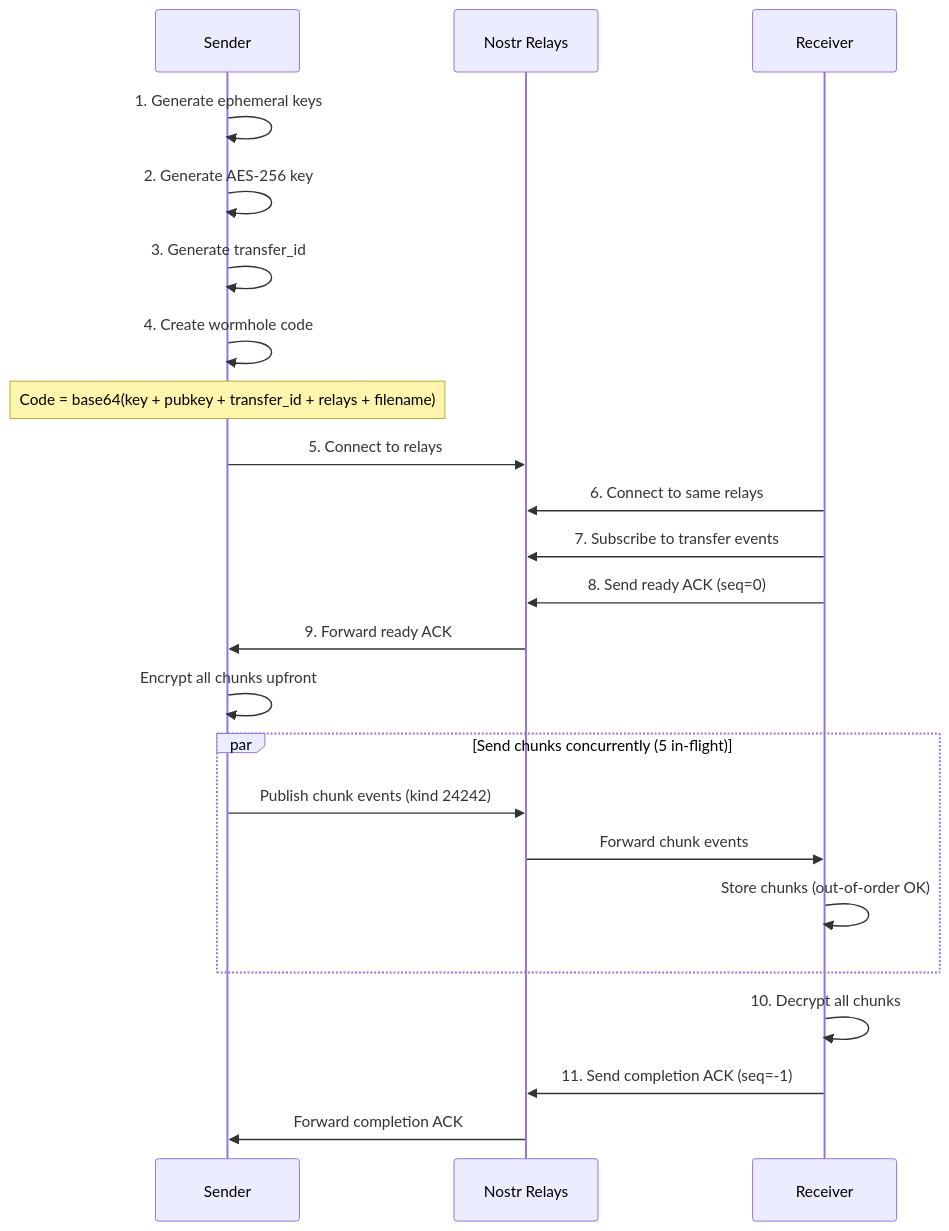
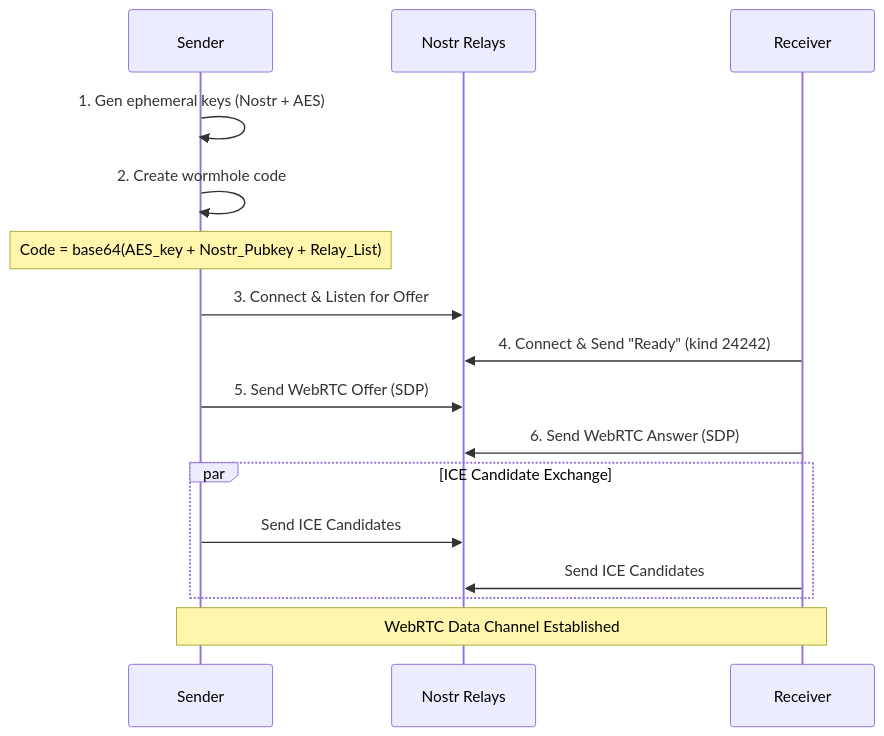
Before and after one commit to andrewtheguy/wormhole-rs: the third of 7 diagrams in docs/ARCHITECTURE.md, drawn with Mermaid. The commit also changed other lines of this file and 1 other file, not shown here.

````diff
--- a/docs/ARCHITECTURE.md
+++ b/docs/ARCHITECTURE.md
@@ -67,31 +70,23 @@
 ```mermaid
 sequenceDiagram
     participant Sender
     participant Relays as Nostr Relays
     participant Receiver
 
-    Sender->>Sender: 1. Generate ephemeral keys
-    Sender->>Sender: 2. Generate AES-256 key
-    Sender->>Sender: 3. Generate transfer_id
-    Sender->>Sender: 4. Create wormhole code
-    Note over Sender: Code = base64(key + pubkey + transfer_id + relays + filename)
+    Sender->>Sender: 1. Gen ephemeral keys (Nostr + AES)
+    Sender->>Sender: 2. Create wormhole code
+    Note over Sender: Code = base64(AES_key + Nostr_Pubkey + Relay_List)
 
-    Sender->>Relays: 5. Connect to relays
-    Receiver->>Relays: 6. Connect to same relays
-    Receiver->>Relays: 7. Subscribe to transfer events
-    Receiver->>Relays: 8. Send ready ACK (seq=0)
+    Sender->>Relays: 3. Connect & Listen for Offer
 
-    Relays->>Sender: 9. Forward ready ACK
-
-    Sender->>Sender: Encrypt all chunks upfront
-
-    par Send chunks concurrently (5 in-flight)
-        Sender->>Relays: Publish chunk events (kind 24242)
-        Relays->>Receiver: Forward chunk events
-        Receiver->>Receiver: Store chunks (out-of-order OK)
+    Receiver->>Relays: 4. Connect & Send "Ready" (kind 24242)
+    Sender->>Relays: 5. Send WebRTC Offer (SDP)
+    Receiver->>Relays: 6. Send WebRTC Answer (SDP)
+    
+    par ICE Candidate Exchange
+        Sender->>Relays: Send ICE Candidates
+        Receiver->>Relays: Send ICE Candidates
     end
 
-    Receiver->>Receiver: 10. Decrypt all chunks
-    Receiver->>Relays: 11. Send completion ACK (seq=-1)
-    Relays->>Sender: Forward completion ACK
+    Note over Sender,Receiver: WebRTC Data Channel Established
 ```
````
